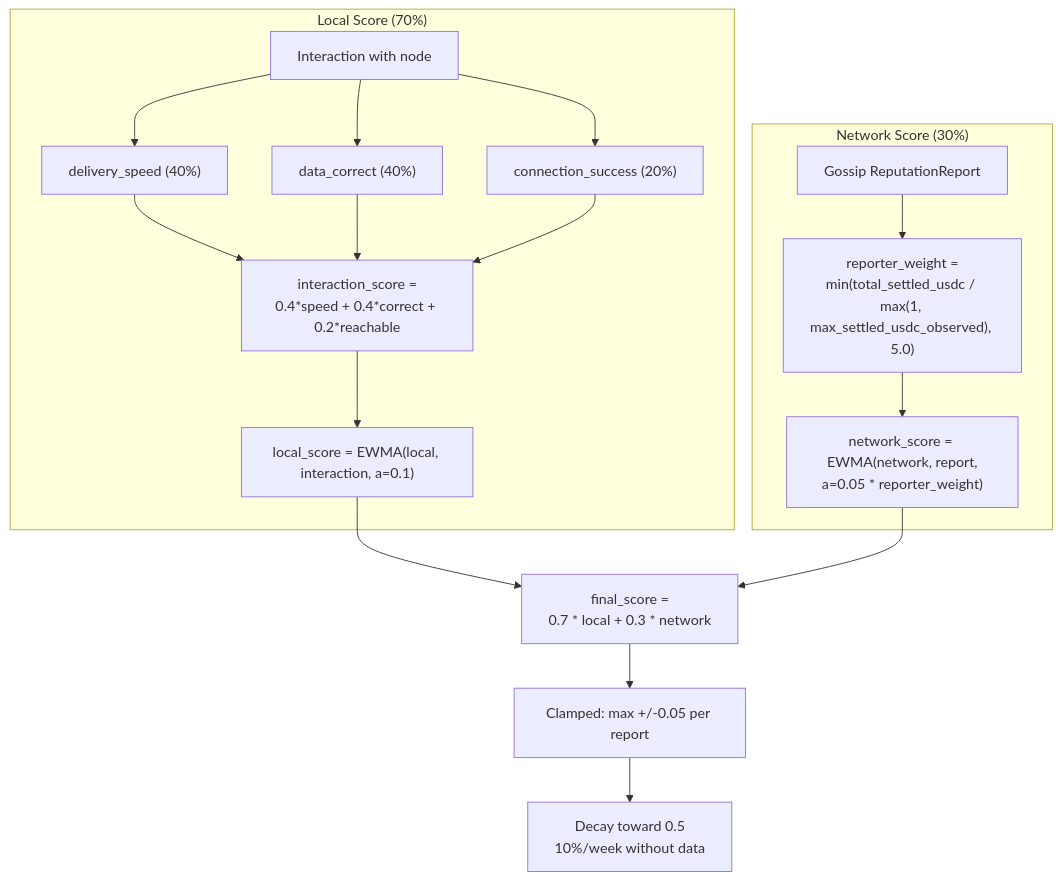
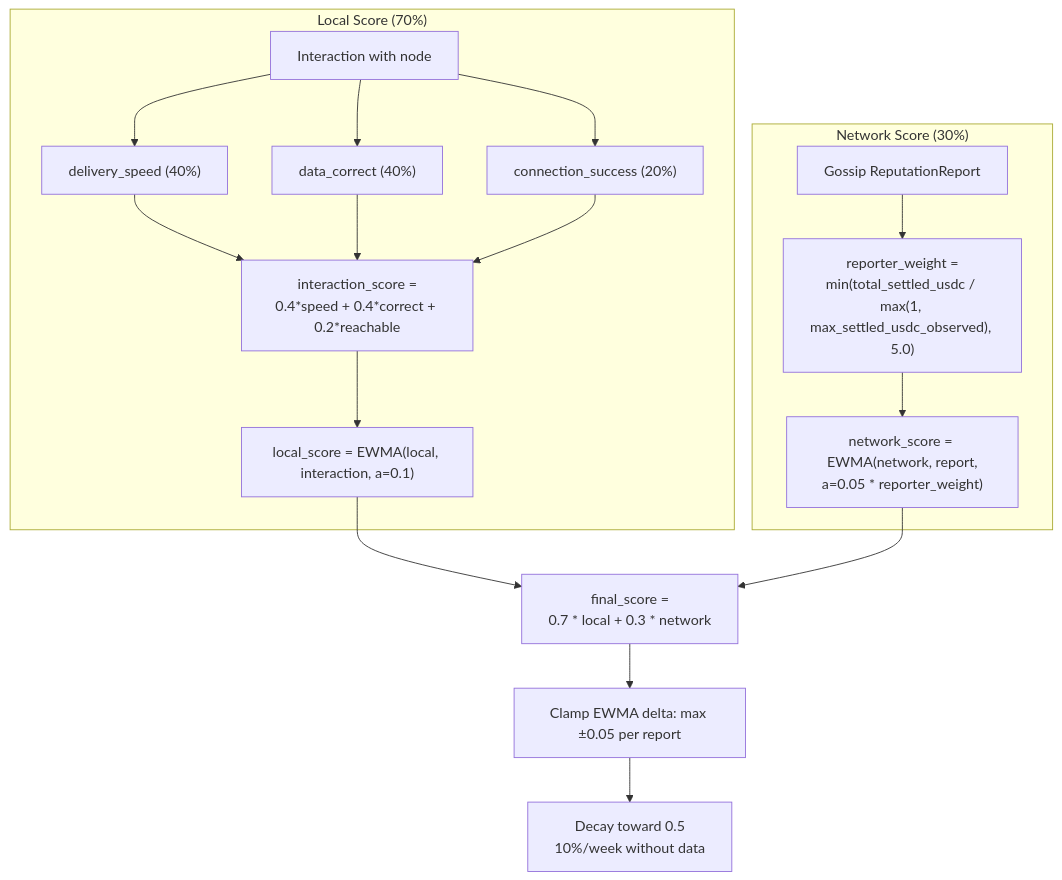
The first of 2 diagrams in adr/008-reputation.md (decdn/decdn), drawn with Mermaid before and after one commit. The commit also changed other lines of this file, not shown here.

Commit message:
docs: document score clamping and EWMA interaction in ADR 008
The 0.05 per-report clamp and EWMA alpha overlap in non-obvious ways —
for local scores the clamp only binds at large score gaps (>0.5), while
for network scores with high-weight reporters it is the primary rate
limiter. This was undocumented, creating ambiguity for implementers.

````diff
--- a/adr/008-reputation.md
+++ b/adr/008-reputation.md
@@ -70,23 +70,23 @@
 ```mermaid
 flowchart TD
     subgraph Local["Local Score (70%)"]
         I[Interaction with node] --> M1["delivery_speed (40%)"]
         I --> M2["data_correct (40%)"]
         I --> M3["connection_success (20%)"]
         M1 --> IS["interaction_score =<br/>0.4*speed + 0.4*correct + 0.2*reachable"]
         M2 --> IS
         M3 --> IS
         IS --> EWMA1["local_score = EWMA(local, interaction, a=0.1)"]
     end
 
     subgraph Network["Network Score (30%)"]
         GR[Gossip ReputationReport] --> RW["reporter_weight =<br/>min(total_settled_usdc / max(1, max_settled_usdc_observed), 5.0)"]
         RW --> EWMA2["network_score = EWMA(network, report,<br/>a=0.05 * reporter_weight)"]
     end
 
     EWMA1 --> FINAL["final_score =<br/>0.7 * local + 0.3 * network"]
     EWMA2 --> FINAL
 
-    FINAL --> CLAMP["Clamped: max +/-0.05 per report"]
+    FINAL --> CLAMP["Clamp EWMA delta: max ±0.05 per report"]
     CLAMP --> DECAY["Decay toward 0.5<br/>10%/week without data"]
 ```
````
